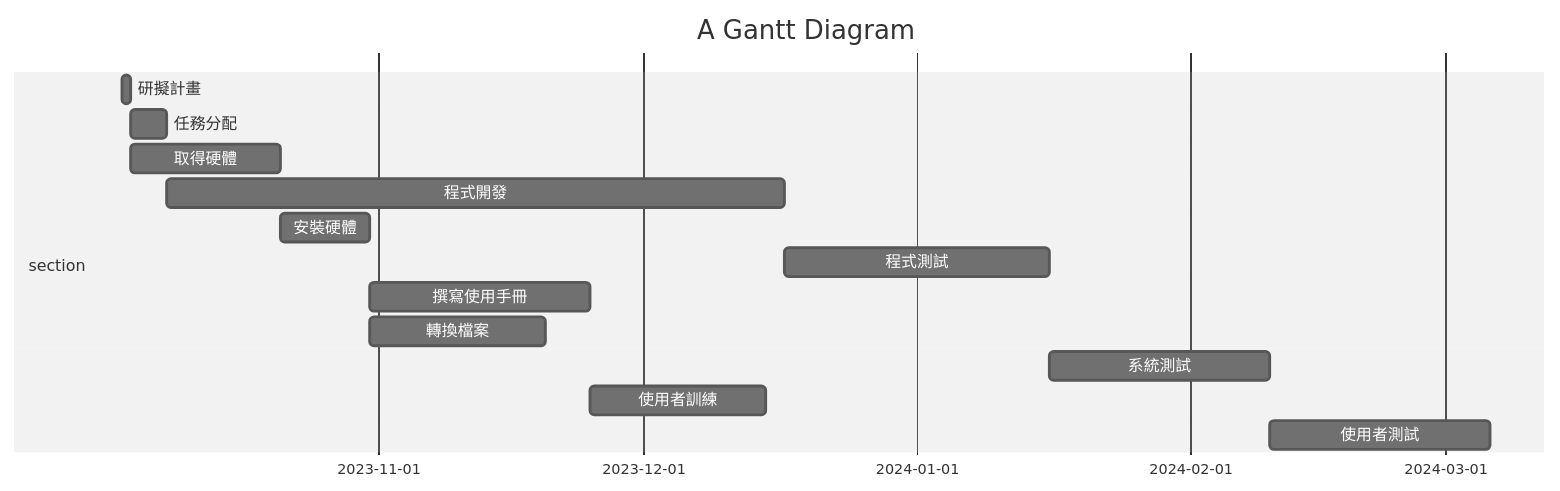
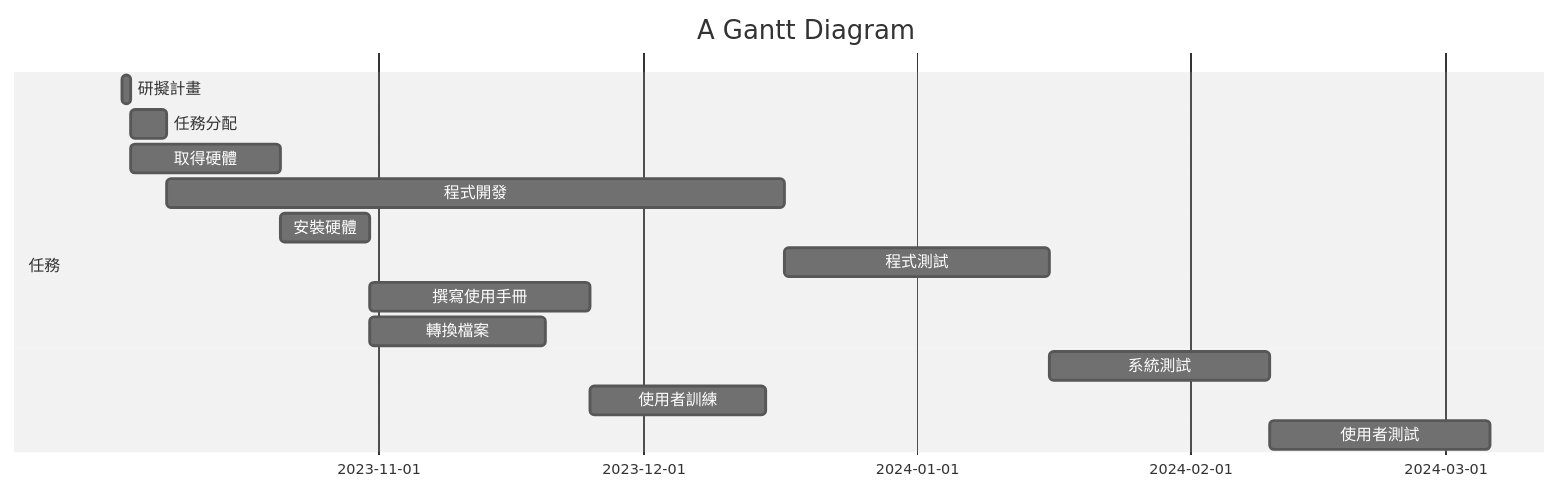
One commit to huixin04/SA_2023 changed the first of 2 diagrams in hw2.md. Above: the diagram before and after it, drawn with Mermaid (neutral theme).

````diff
--- a/hw2.md
+++ b/hw2.md
@@ -4,18 +4,18 @@
 ```mermaid
 gantt
     title A Gantt Diagram
 
-    section section 
+    section 任務 
      研擬計畫          :a1, 2023-10-03, 1d
      任務分配          :a2, after a1, 4d
      取得硬體          :a3, after a1, 17d
      程式開發          :a4, after a2, 70d
      安裝硬體          :a5, after a3, 10d
      程式測試          :a6, after a4, 30d
      撰寫使用手冊       :a7, after a5, 25d
      轉換檔案           :a8, after a5, 20d
      系統測試           :a9, after a6, 25d
      使用者訓練         :a10,after a7, 20d
      使用者測試         :a11,after a9, 25d
     
 ```
````
